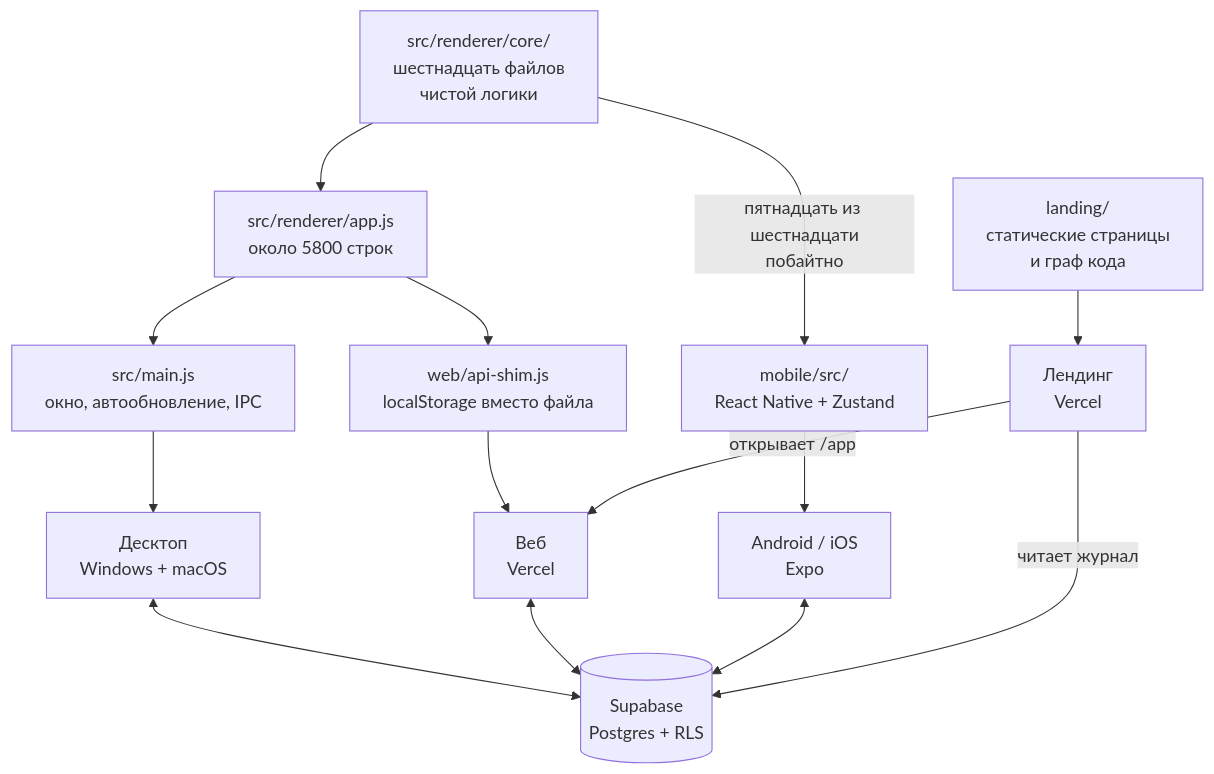
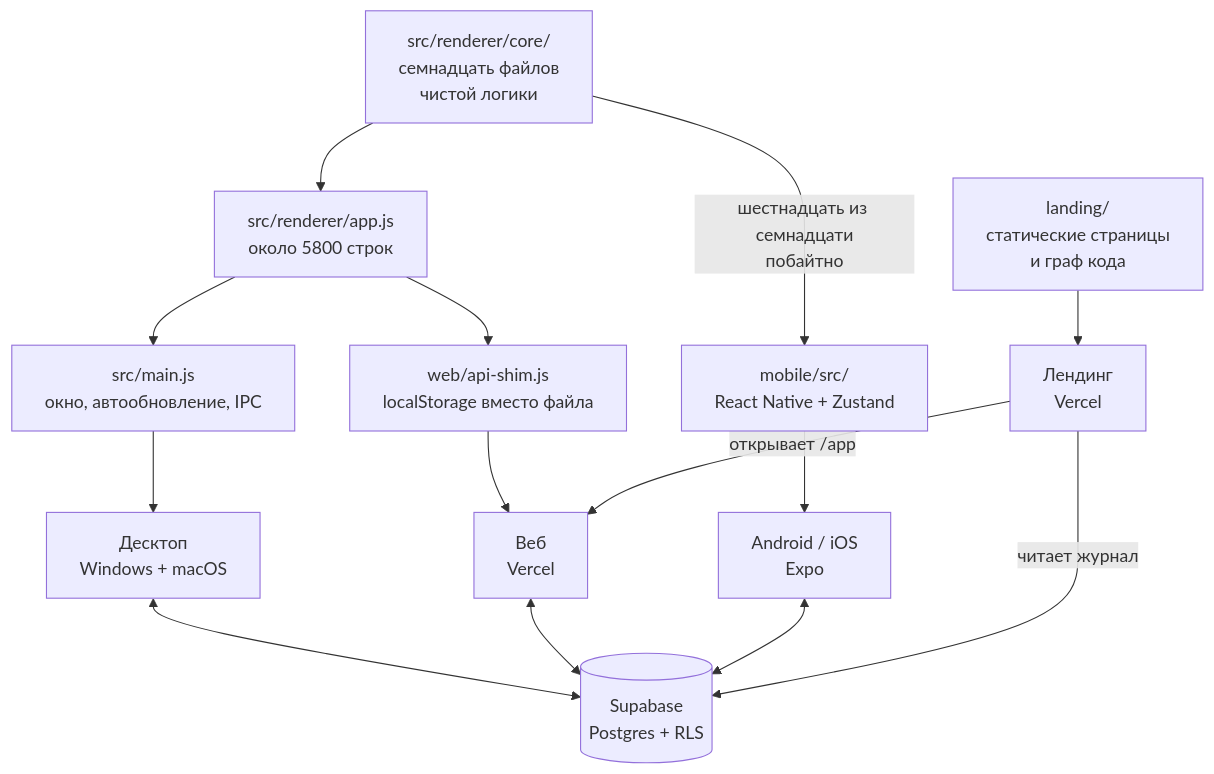
One commit to lancibleofficial/Lancible changed the first of 3 diagrams in ARCHITECTURE.md. Above: the diagram before and after it, drawn with Mermaid. The commit also changed other lines of this file and 78 other files, not shown here.

````diff
--- a/ARCHITECTURE.md
+++ b/ARCHITECTURE.md
@@ -33,26 +33,26 @@
 ```mermaid
 graph TD
-    CORE["src/renderer/core/<br/>шестнадцать файлов<br/>чистой логики"]
+    CORE["src/renderer/core/<br/>семнадцать файлов<br/>чистой логики"]
 
     APP["src/renderer/app.js<br/>около 5800 строк"]
     MAIN["src/main.js<br/>окно, автообновление, IPC"]
     SHIM["web/api-shim.js<br/>localStorage вместо файла"]
     MOB["mobile/src/<br/>React Native + Zustand"]
     LAND["landing/<br/>статические страницы<br/>и граф кода"]
 
     CORE --> APP
-    CORE -->|"пятнадцать из шестнадцати<br/>побайтно"| MOB
+    CORE -->|"шестнадцать из семнадцати<br/>побайтно"| MOB
     APP --> MAIN
     APP --> SHIM
     MAIN --> DESK["Десктоп<br/>Windows + macOS"]
     SHIM --> WEB["Веб<br/>Vercel"]
     MOB --> ANDROID["Android / iOS<br/>Expo"]
     LAND --> SITE["Лендинг<br/>Vercel"]
 
     SB[("Supabase<br/>Postgres + RLS")]
     DESK <--> SB
     WEB <--> SB
     ANDROID <--> SB
     SITE -->|"читает журнал"| SB
     SITE -->|"открывает /app"| WEB
 ```
````
